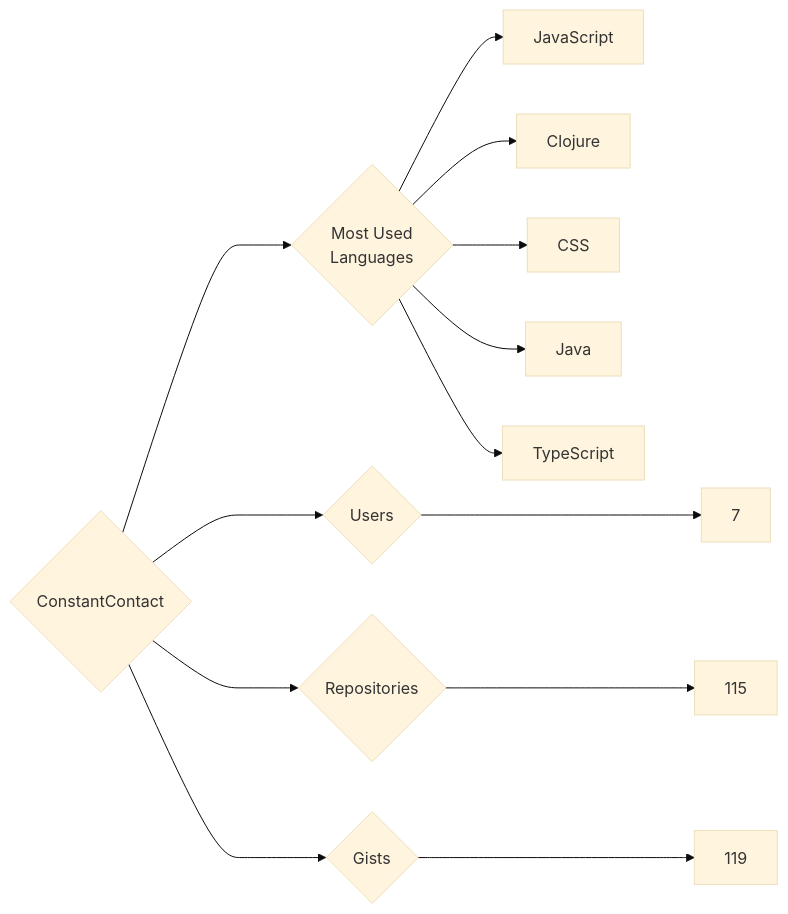
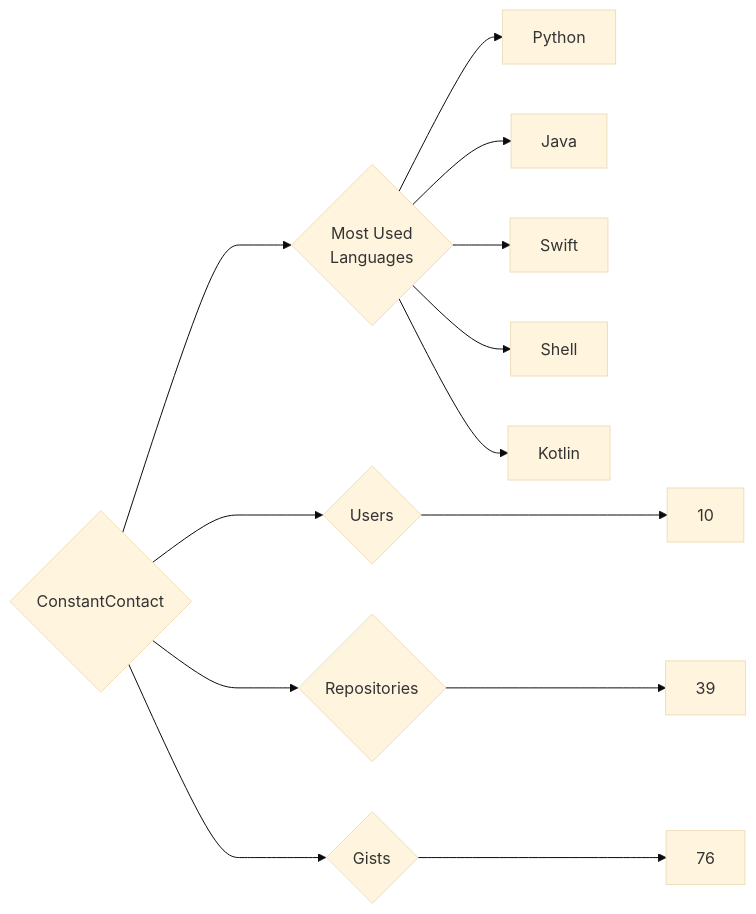
The diagram in targets/ConstantContact/README.md (trickest/insiders), drawn with Mermaid (base theme) before and after one commit. The commit also changed 1195 other files, not shown here.

````diff
--- a/targets/ConstantContact/README.md
+++ b/targets/ConstantContact/README.md
@@ -3,13 +3,13 @@
 ```mermaid
 graph LR
 COMPANY_NAME{ConstantContact}
-COMPANY_NAME ---> U{Users} ---> UN[7]
-COMPANY_NAME ---> R{Repositories} ---> RN[115]
-COMPANY_NAME ---> G{Gists} ---> GN[119]
+COMPANY_NAME ---> U{Users} ---> UN[10]
+COMPANY_NAME ---> R{Repositories} ---> RN[39]
+COMPANY_NAME ---> G{Gists} ---> GN[76]
 COMPANY_NAME ---> ML{Most Used<br>Languages}
-ML --> JavaScript[JavaScript]
-ML --> Clojure[Clojure]
-ML --> CSS[CSS]
+ML --> Python[Python]
 ML --> Java[Java]
-ML --> TypeScript[TypeScript]
+ML --> Swift[Swift]
+ML --> Shell[Shell]
+ML --> Kotlin[Kotlin]
 ```
````
